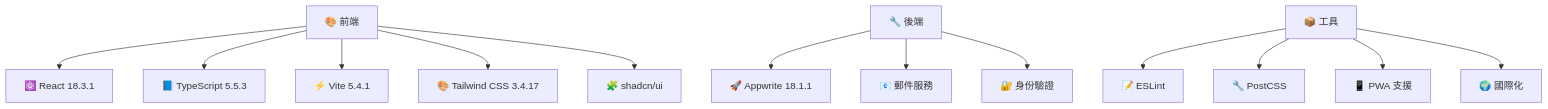
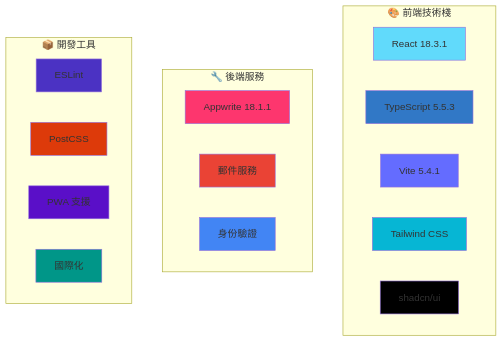
One commit to ansonlo-dev/LingUBible changed the first of 2 diagrams in docs/zh-TW/README.md. Above: the diagram before and after it, drawn with Mermaid. The commit also changed other lines of this file and 2 other files, not shown here.

````diff
--- a/docs/zh-TW/README.md
+++ b/docs/zh-TW/README.md
@@ -105,17 +124,36 @@
 ```mermaid
-graph TB
-    A[🎨 前端] --> B[⚛️ React 18.3.1]
-    A --> C[📘 TypeScript 5.5.3]
-    A --> D[⚡ Vite 5.4.1]
-    A --> E[🎨 Tailwind CSS 3.4.17]
-    A --> F[🧩 shadcn/ui]
+graph TD
+    subgraph "🎨 前端技術棧"
+        A[React 18.3.1]
+        B[TypeScript 5.5.3]
+        C[Vite 5.4.1]
+        D[Tailwind CSS]
+        E[shadcn/ui]
+    end
     
-    G[🔧 後端] --> H[🚀 Appwrite 18.1.1]
-    G --> I[📧 郵件服務]
-    G --> J[🔐 身份驗證]
+    subgraph "🔧 後端服務"
+        F[Appwrite 18.1.1]
+        G[郵件服務]
+        H[身份驗證]
+    end
     
-    K[📦 工具] --> L[📝 ESLint]
-    K --> M[🔧 PostCSS]
-    K --> N[📱 PWA 支援]
-    K --> O[🌍 國際化]
+    subgraph "📦 開發工具"
+        I[ESLint]
+        J[PostCSS]
+        K[PWA 支援]
+        L[國際化]
+    end
+    
+    style A fill:#61dafb
+    style B fill:#3178c6
+    style C fill:#646cff
+    style D fill:#06b6d4
+    style E fill:#000000
+    style F fill:#fd366e
+    style G fill:#ea4335
+    style H fill:#4285f4
+    style I fill:#4b32c3
+    style J fill:#dd3a0a
+    style K fill:#5a0fc8
+    style L fill:#009688
 ```
````
